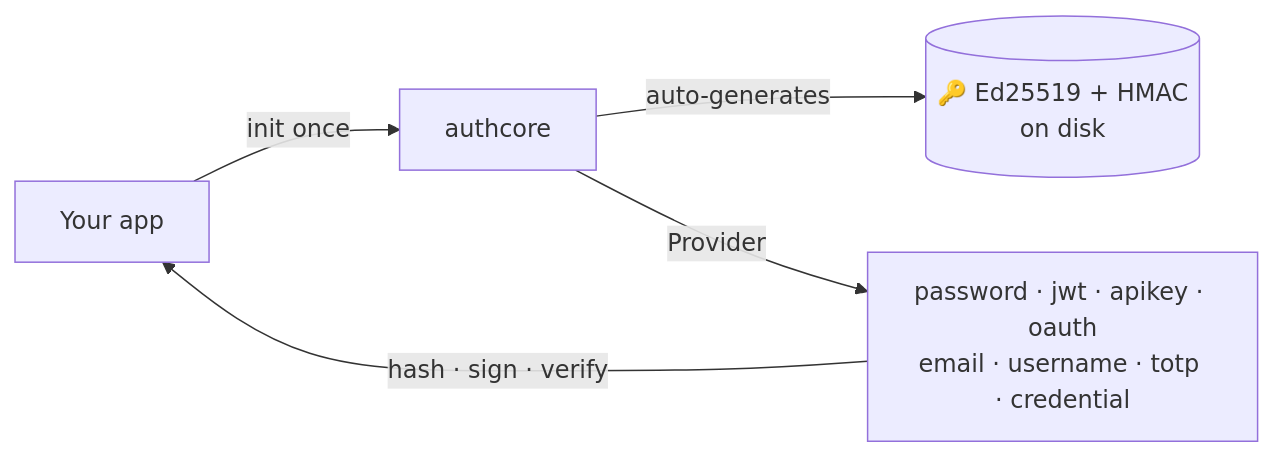
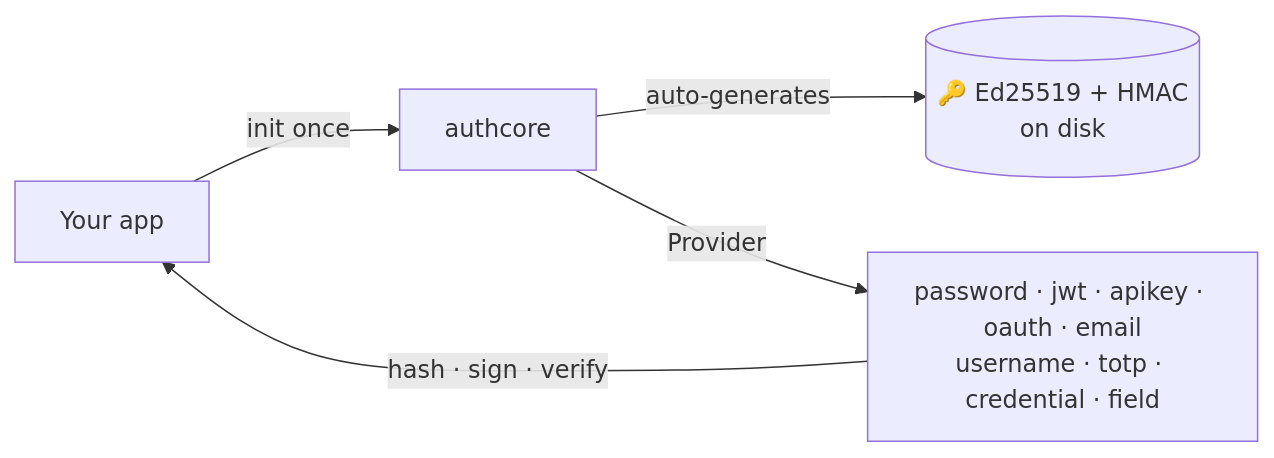
The diagram in README.md (Jaro-c/AuthCore), drawn with Mermaid before and after one commit. The commit also changed other lines of this file and 9 other files, not shown here.

````diff
--- a/README.md
+++ b/README.md
@@ -85,7 +86,7 @@
 ```mermaid
 flowchart LR
     App["Your app"] -->|init once| Core["authcore"]
     Core -->|auto-generates| Keys[("🔑 Ed25519 + HMAC<br/>on disk")]
-    Core -->|Provider| M["password · jwt · apikey · oauth<br/>email · username · totp · credential"]
+    Core -->|Provider| M["password · jwt · apikey · oauth · email<br/>username · totp · credential · field"]
     M -->|hash · sign · verify| App
 ```
````
